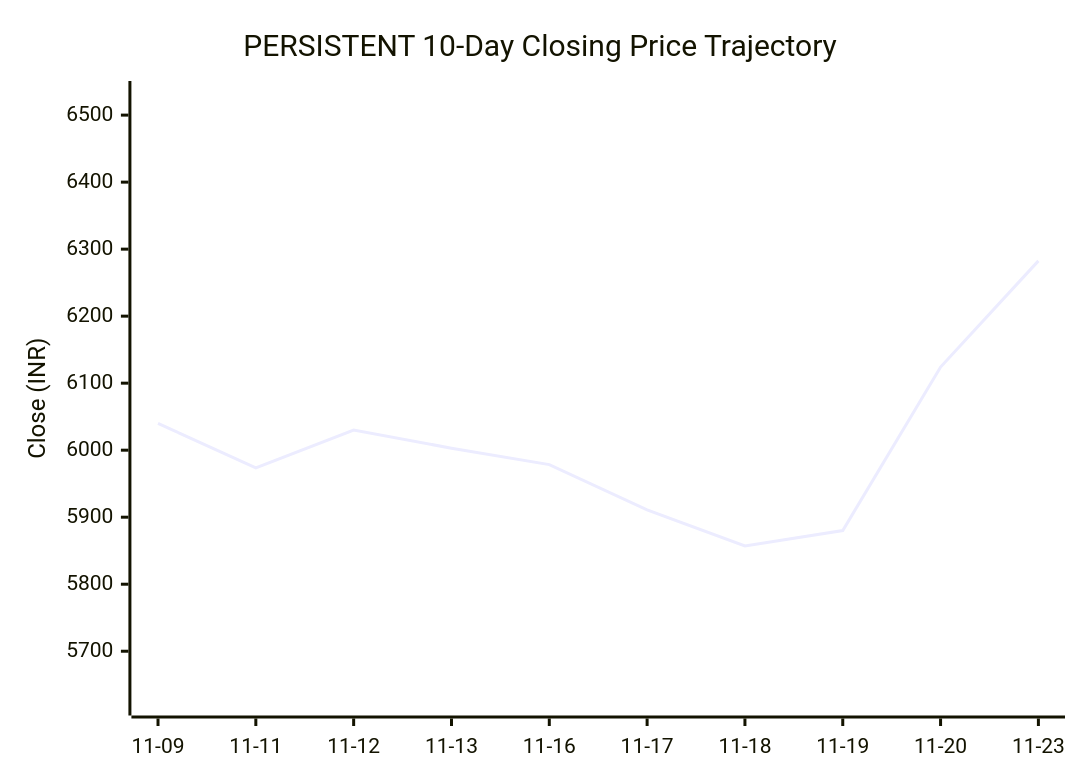
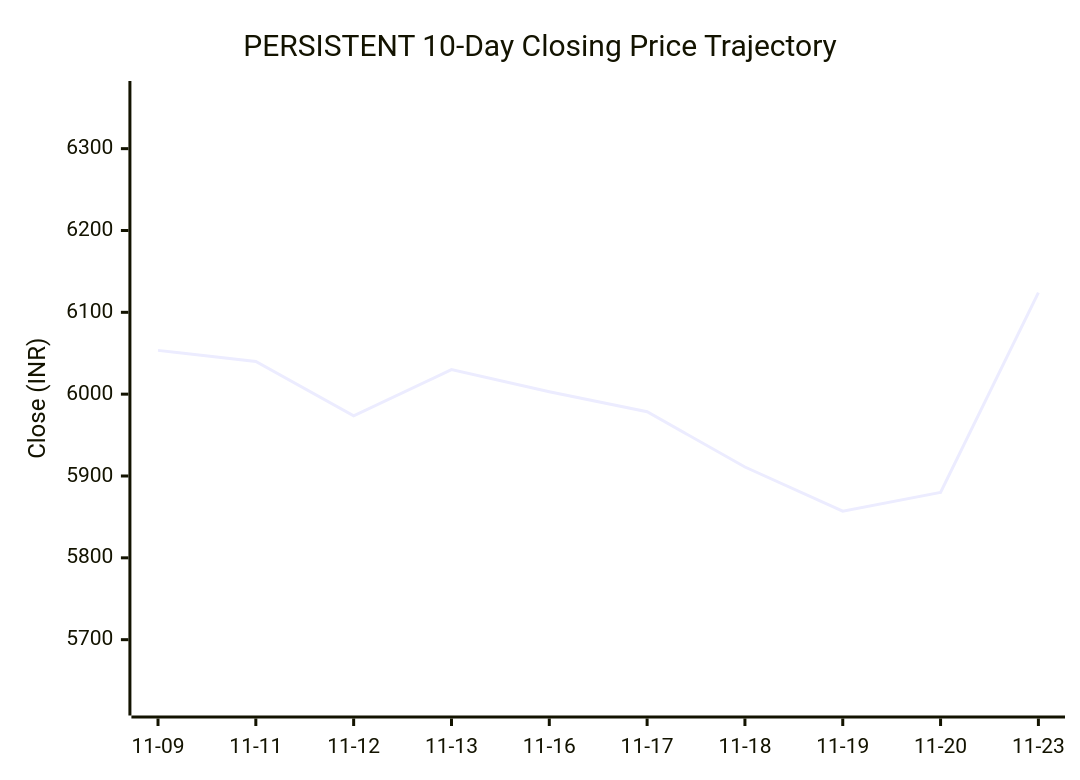
Before and after one commit to purnareddy9/dev: the second of 3 diagrams in market-intelligence/stocks/PERSISTENT/history/2026-11-23.md, drawn with Mermaid. The commit also changed other lines of this file and 3 other files, not shown here.

````diff
--- a/market-intelligence/stocks/PERSISTENT/history/2026-11-23.md
+++ b/market-intelligence/stocks/PERSISTENT/history/2026-11-23.md
@@ -95,7 +95,7 @@
 ```mermaid
 xychart-beta
     title "PERSISTENT 10-Day Closing Price Trajectory"
     x-axis ["11-09", "11-11", "11-12", "11-13", "11-16", "11-17", "11-18", "11-19", "11-20", "11-23"]
-    y-axis "Close (INR)" 5622 --> 6533
-    line [6040.0, 5973.5, 6030.0, 6003.0, 5978.5, 5911.0, 5857.0, 5880.0, 6124.0, 6282.5]
+    y-axis "Close (INR)" 5622 --> 6368
+    line [6053.5, 6040.0, 5973.5, 6030.0, 6003.0, 5978.5, 5911.0, 5857.0, 5880.0, 6124.0]
 ```
````
